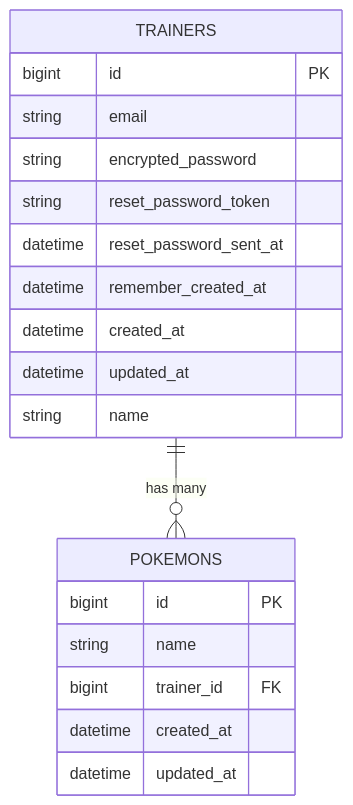
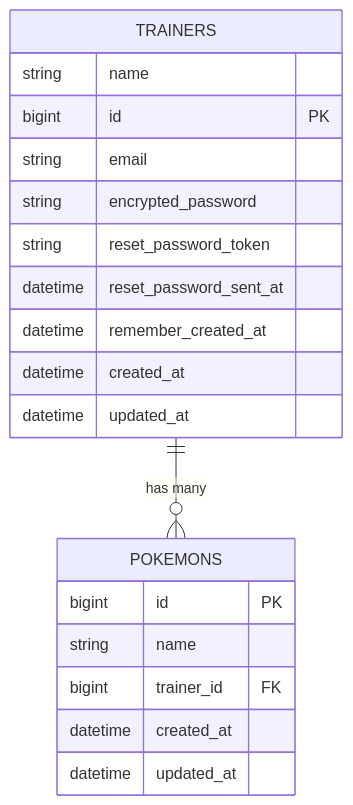
The diagram in README.md (Yasaka0601/N_plus_1), drawn with Mermaid before and after one commit. The commit also changed other lines of this file, not shown here.

````diff
--- a/README.md
+++ b/README.md
@@ -14,24 +16,24 @@
 ```mermaid
 erDiagram
   TRAINERS {
+    string name
     bigint id PK
     string email
     string encrypted_password
     string reset_password_token
     datetime reset_password_sent_at
     datetime remember_created_at
     datetime created_at
     datetime updated_at
-    string name
   }
 
   POKEMONS {
     bigint id PK
     string name
     bigint trainer_id FK
     datetime created_at
     datetime updated_at
   }
 
   TRAINERS ||--o{ POKEMONS : "has many"
 ```
````
